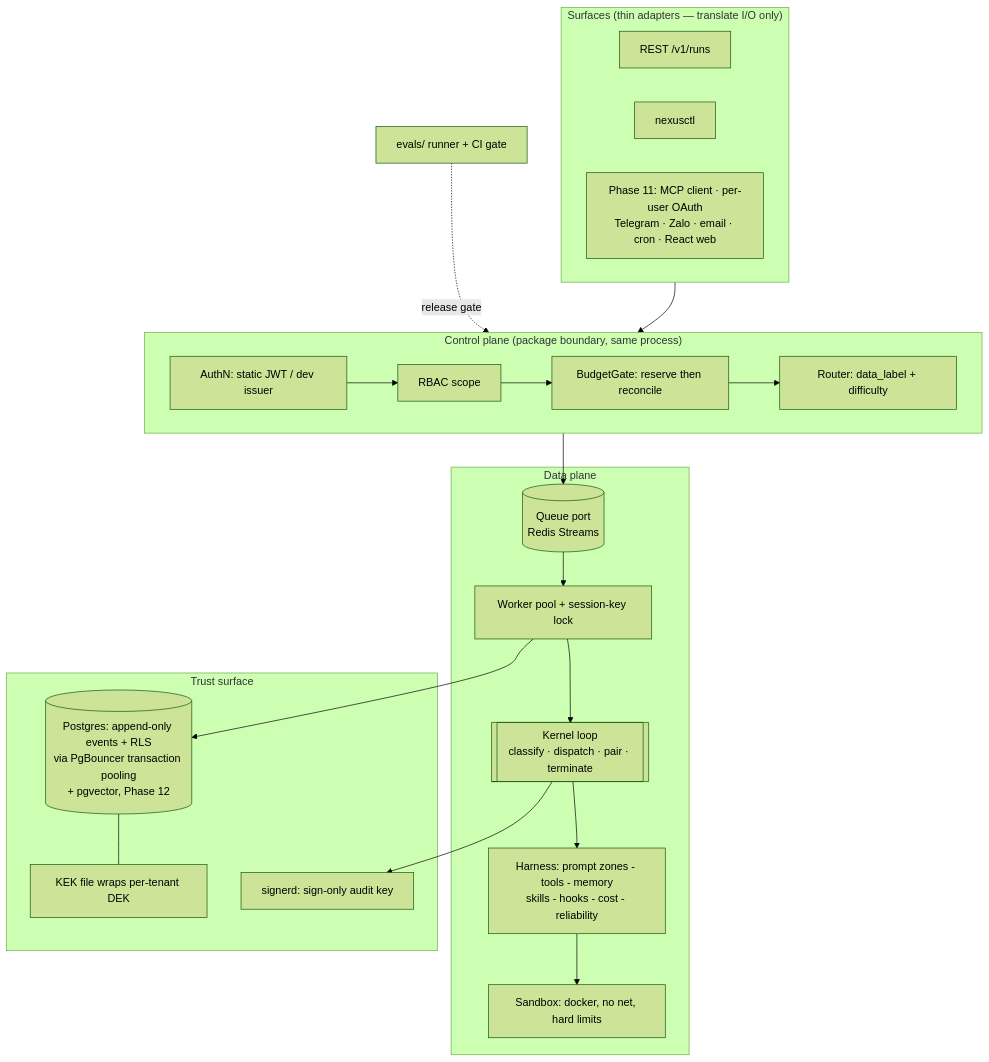
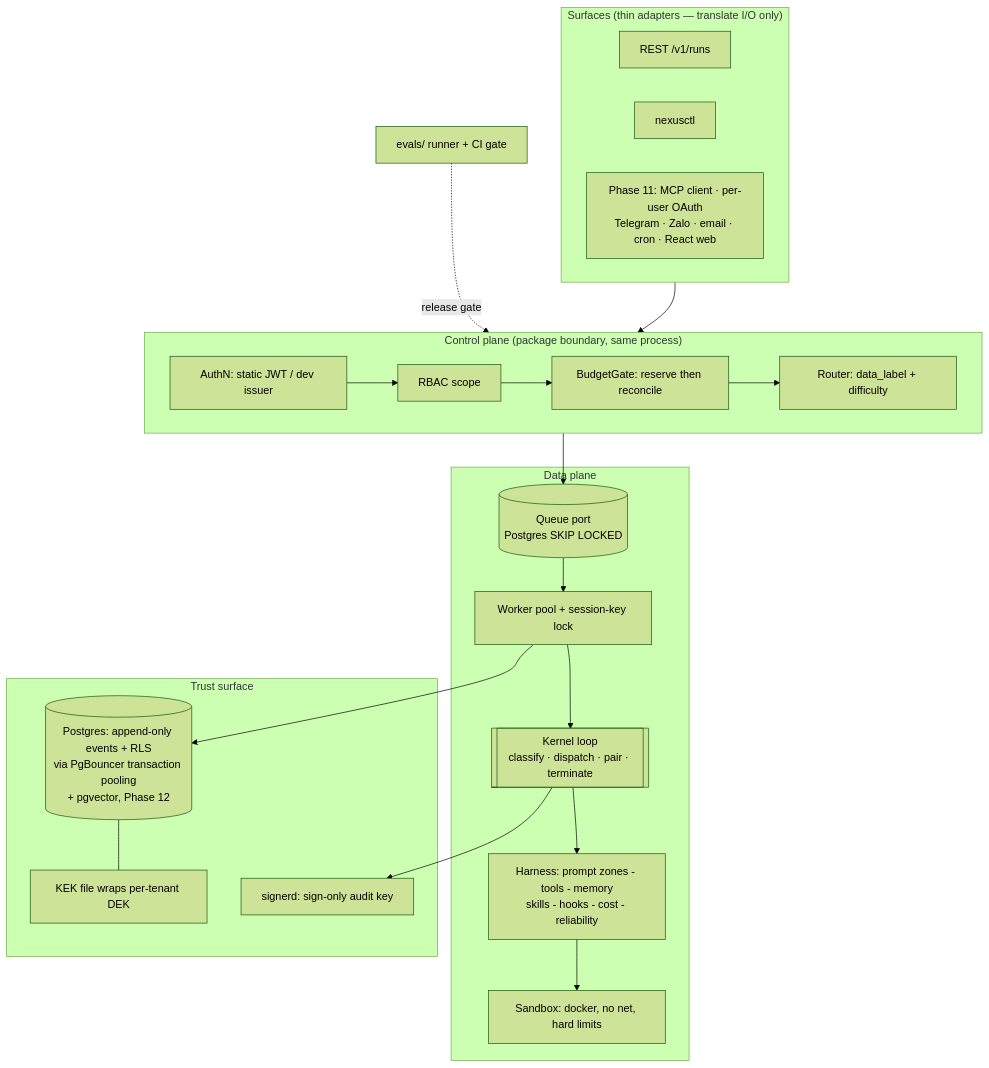
Before and after one commit to truongpx396/nexus-agent-demo: the diagram in README.md, drawn with Mermaid (forest theme). The commit also changed other lines of this file and 17 other files, not shown here.

````diff
--- a/README.md
+++ b/README.md
@@ -78,35 +78,35 @@
 ```mermaid
 flowchart TB
     subgraph Surfaces["Surfaces (thin adapters — translate I/O only)"]
         REST[REST /v1/runs]
         CLI[nexusctl]
         EXT["Phase 11: MCP client · per-user OAuth<br/>Telegram · Zalo · email · cron · React web"]
     end
 
     subgraph CP["Control plane (package boundary, same process)"]
         Auth[AuthN: static JWT / dev issuer] --> RBAC[RBAC scope]
         RBAC --> Budget[BudgetGate: reserve then reconcile]
         Budget --> Route[Router: data_label + difficulty]
     end
 
     subgraph DP["Data plane"]
-        Q[(Queue port<br/>Redis Streams)]
+        Q[(Queue port<br/>Postgres SKIP LOCKED)]
         W[Worker pool + session-key lock]
         K[[Kernel loop<br/>classify · dispatch · pair · terminate]]
         H[Harness: prompt zones - tools - memory<br/>skills - hooks - cost - reliability]
         SB[Sandbox: docker, no net, hard limits]
     end
 
     subgraph Trust["Trust surface"]
         PG[(Postgres: append-only events + RLS<br/>via PgBouncer transaction pooling<br/>+ pgvector, Phase 12)]
         SD[signerd: sign-only audit key]
         KEK[KEK file wraps per-tenant DEK]
     end
 
     Surfaces --> CP --> Q --> W --> K --> H
     H --> SB
     W --> PG
     K --> SD
     PG --- KEK
     EV[evals/ runner + CI gate] -.release gate.-> CP
 ```
````
